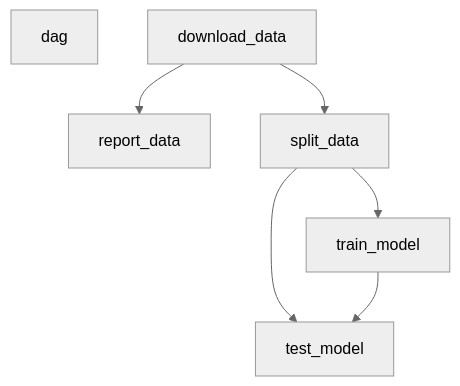
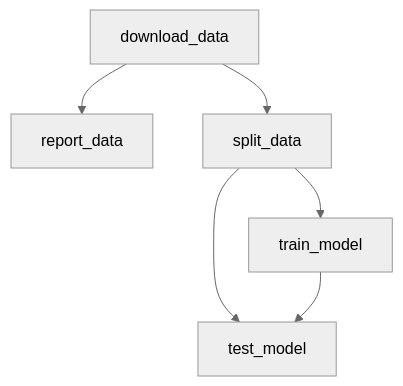
One commit to pirocheto/phishing-url-detection changed the diagram in dag.md. Above: the diagram before and after it, drawn with Mermaid (neutral theme).

Commit message:
update dag

````diff
--- a/dag.md
+++ b/dag.md
@@ -1,14 +1,13 @@
 ```mermaid
 flowchart TD
-	node1["dag"]
-	node2["download_data"]
-	node3["report_data"]
-	node4["split_data"]
-	node5["test_model"]
-	node6["train_model"]
-	node2-->node3
-	node2-->node4
-	node4-->node5
-	node4-->node6
-	node6-->node5
+	node1["download_data"]
+	node2["report_data"]
+	node3["split_data"]
+	node4["test_model"]
+	node5["train_model"]
+	node1-->node2
+	node1-->node3
+	node3-->node4
+	node3-->node5
+	node5-->node4
 ```
````
